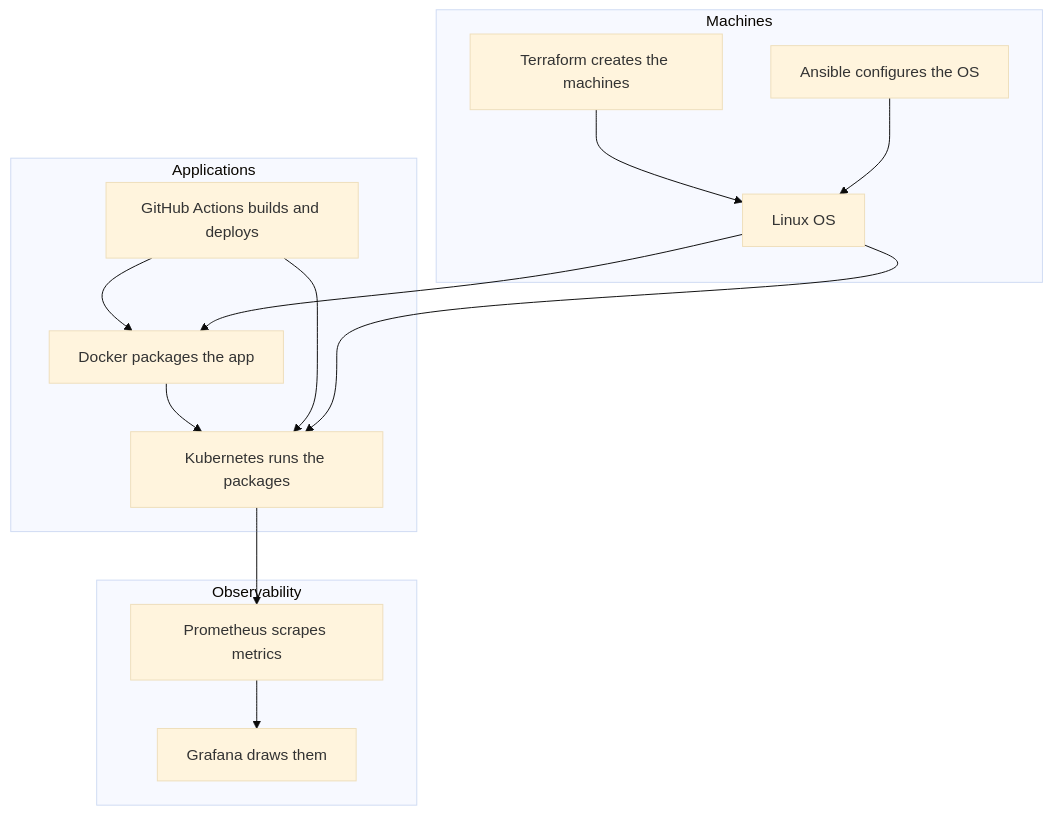
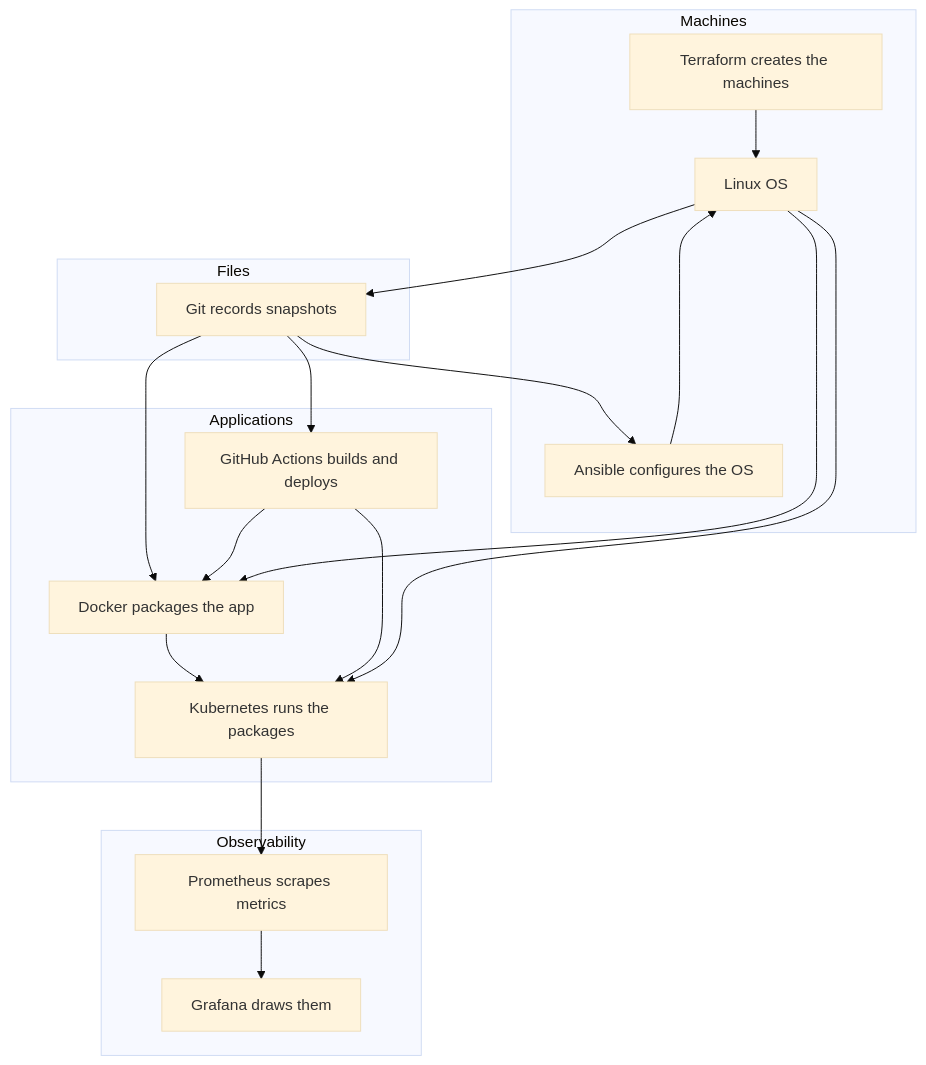
The diagram in docs/CONCEPT_MAP.md (deepakv30/devops-mastery-guide), drawn with Mermaid (base theme) before and after one commit. The commit also changed other lines of this file and 34 other files, not shown here.

First line of the commit message:
feat: add Git module after Linux as 09-git

````diff
--- a/docs/CONCEPT_MAP.md
+++ b/docs/CONCEPT_MAP.md
@@ -7,26 +7,33 @@
 ```mermaid
 flowchart TB
   subgraph machines [Machines]
     Linux[Linux OS]
     Ansible[Ansible configures the OS]
     TF[Terraform creates the machines]
+  end
+  subgraph files [Files]
+    Git[Git records snapshots]
   end
   subgraph apps [Applications]
     Docker[Docker packages the app]
     K8s[Kubernetes runs the packages]
     GHA[GitHub Actions builds and deploys]
   end
   subgraph see [Observability]
     Prom[Prometheus scrapes metrics]
     Graf[Grafana draws them]
   end
+  Linux --> Git
   TF --> Linux
   Ansible --> Linux
+  Git --> Ansible
+  Git --> Docker
+  Git --> GHA
   Docker --> K8s
   GHA --> Docker
   GHA --> K8s
   K8s --> Prom
   Prom --> Graf
   Linux --> Docker
   Linux --> K8s
 ```
````
